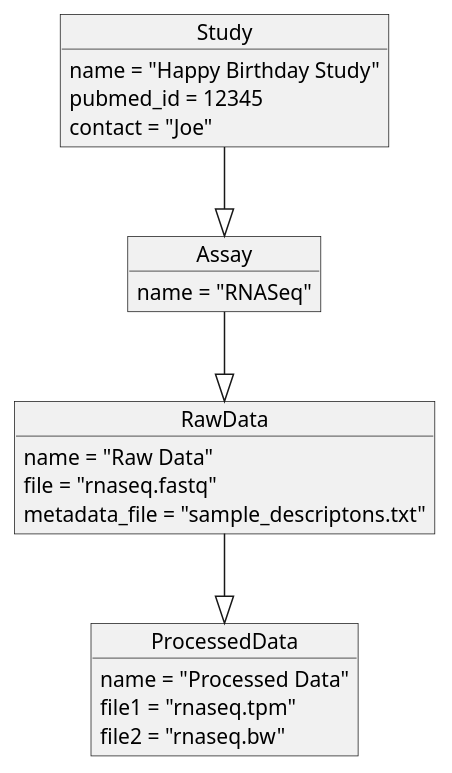
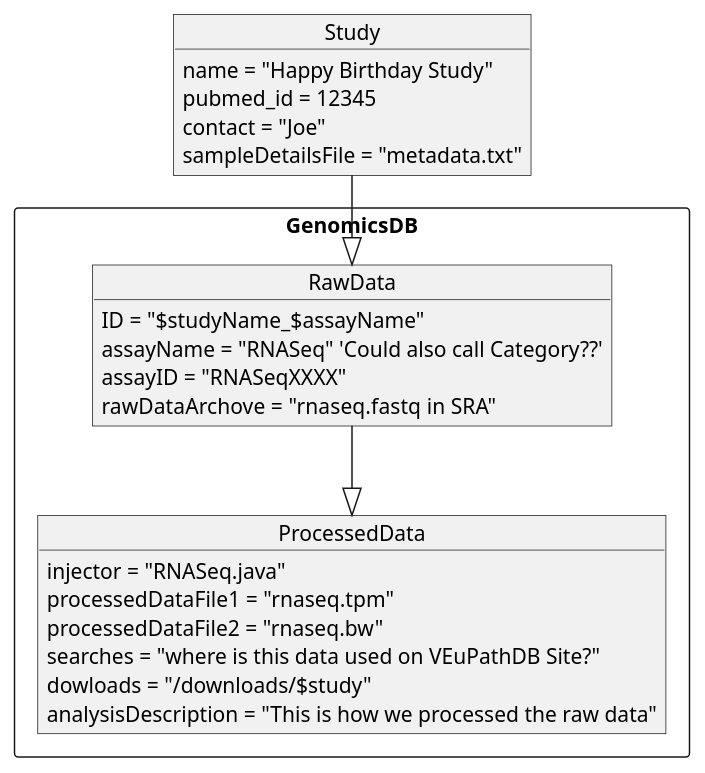
Before and after one commit to jbrestel/org-docs: the first of 9 diagrams in project_planning/projectPages.org, drawn with PlantUML. The commit also changed other lines of this file and 7 other files, not shown here.

```diff
--- a/project_planning/projectPages.org
+++ b/project_planning/projectPages.org
@@ -11,24 +9,26 @@
 #+begin_src plantuml :file images/rnaseq_uml.png :exports both
-  object Study {
-          name = "Happy Birthday Study"
-          pubmed_id = 12345
-              contact = "Joe"
-  }
-  object Assay {
-          name = "RNASeq"
-  }
-  object RawData {
-          name = "Raw Data"
-          file = "rnaseq.fastq"
-	      metadata_file = "sample_descriptons.txt"
-  }
-  object ProcessedData {
-          name = "Processed Data"
-          file1 = "rnaseq.tpm"
-          file2 = "rnaseq.bw"
-  }
-
-  Study --|> Assay
-  Assay --|> RawData
-  RawData --|> ProcessedData
+object Study {
+        name = "Happy Birthday Study"
+        pubmed_id = 12345
+        contact = "Joe"
+        sampleDetailsFile = "metadata.txt"
+}
+rectangle GenomicsDB {
+        object RawData {
+                ID = "$studyName_$assayName"
+                assayName = "RNASeq" 'Could also call Category??'
+                assayID = "RNASeqXXXX"
+                rawDataArchove = "rnaseq.fastq in SRA"
+        }
+        object ProcessedData {
+                injector = "RNASeq.java"
+                processedDataFile1 = "rnaseq.tpm"
+                processedDataFile2 = "rnaseq.bw"
+                searches = "where is this data used on VEuPathDB Site?"
+                dowloads = "/downloads/$study"
+                analysisDescription = "This is how we processed the raw data"
+        }
+}
+Study --|> RawData
+RawData --|> ProcessedData
 #+end_src
```
